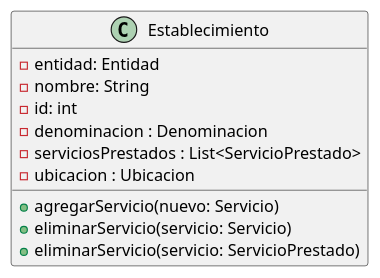
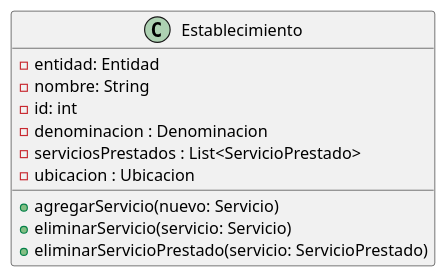
Before and after one commit to mbertogliati/dds-tpa: the diagram in DC/E3/domain/entidades/Establecimiento.puml, drawn with PlantUML. The commit also changed 7 other files, not shown here.

```diff
--- a/DC/E3/domain/entidades/Establecimiento.puml
+++ b/DC/E3/domain/entidades/Establecimiento.puml
@@ -1,17 +1,17 @@
 @startuml
 'https://plantuml.com/class-diagram
 
 class Establecimiento{
     - entidad: Entidad
     - nombre: String
     - id: int
     - denominacion : Denominacion
     - serviciosPrestados : List<ServicioPrestado>
     - ubicacion : Ubicacion
 
     + agregarServicio(nuevo: Servicio)
     + eliminarServicio(servicio: Servicio)
-    + eliminarServicio(servicio: ServicioPrestado)
+    + eliminarServicioPrestado(servicio: ServicioPrestado)
 }
 
 @enduml
```
